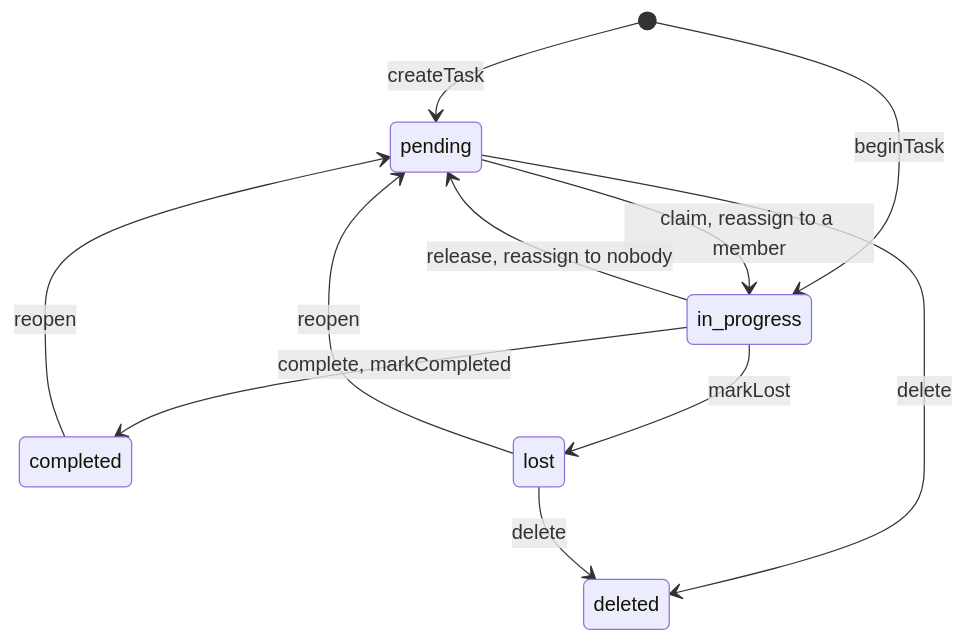
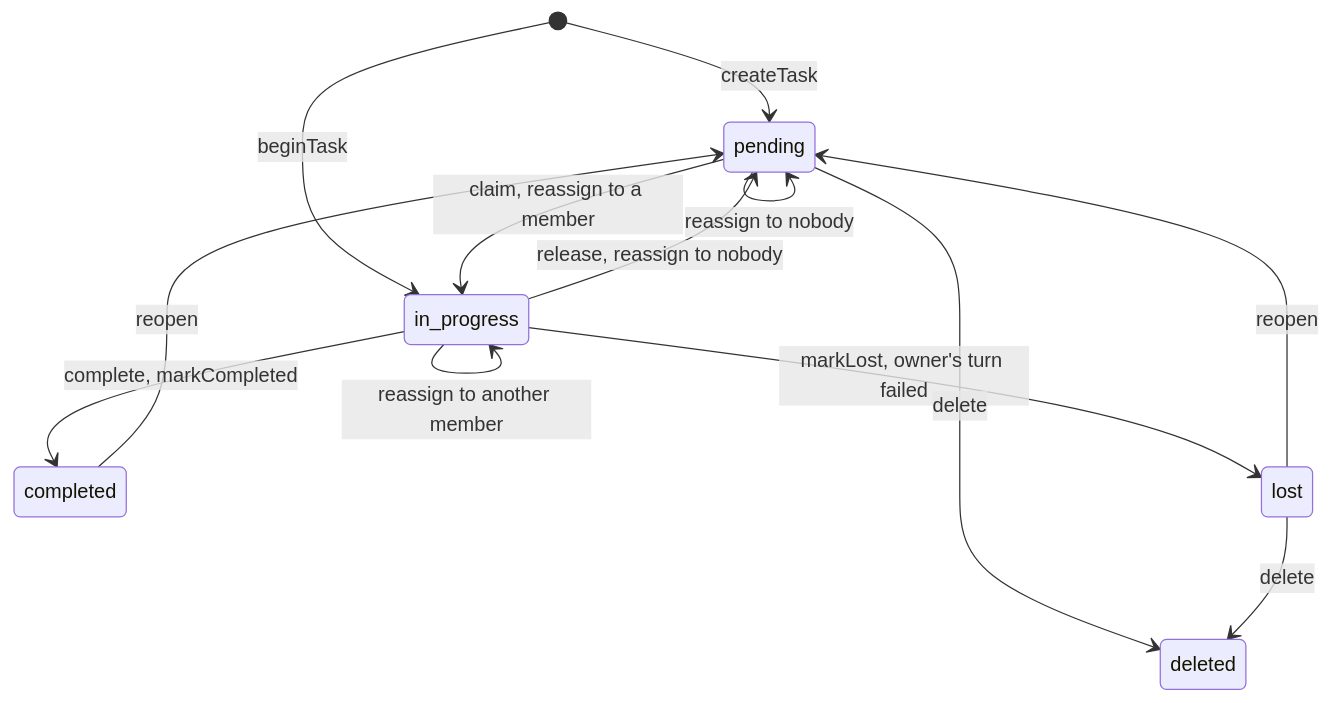
One commit to zhengxuyu/deepseek-harness changed the first of 2 diagrams in docs/subsystems/agent-team.md. Above: the diagram before and after it, drawn with Mermaid. The commit also changed other lines of this file and 50 other files, not shown here.

````diff
--- a/docs/subsystems/agent-team.md
+++ b/docs/subsystems/agent-team.md
@@ -84,13 +94,15 @@
 ```mermaid
 stateDiagram-v2
   [*] --> pending: createTask
   [*] --> in_progress: beginTask
+  pending --> pending: reassign to nobody
   pending --> in_progress: claim, reassign to a member
+  in_progress --> in_progress: reassign to another member
   in_progress --> pending: release, reassign to nobody
   in_progress --> completed: complete, markCompleted
-  in_progress --> lost: markLost
+  in_progress --> lost: markLost, owner's turn failed
   completed --> pending: reopen
   lost --> pending: reopen
   pending --> deleted: delete
   lost --> deleted: delete
 ```
````
